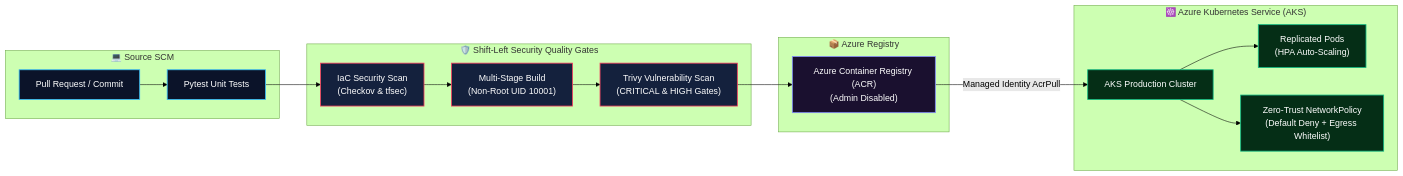
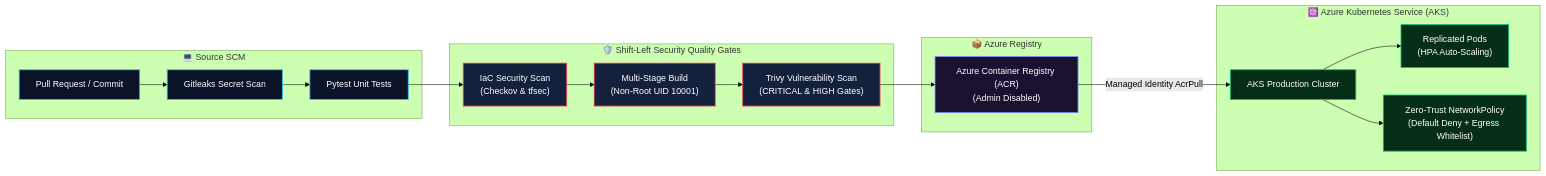
The diagram in README.md (sanjiivsingh/azure-aks-devsecops-pipeline), drawn with Mermaid (forest theme) before and after one commit. The commit also changed other lines of this file and 11 other files, not shown here.

Commit message:
fix(pipeline): align devsecops workflow with real quality gates, upgrade terraform constraints, and add architecture evidence (#1)

````diff
--- a/README.md
+++ b/README.md
@@ -35,32 +36,33 @@
 ```mermaid
 flowchart LR
     subgraph Developer["💻 Source SCM"]
-        PR["Pull Request / Commit"] --> TEST["Pytest Unit Tests"]
+        PR["Pull Request / Commit"] --> LEAKS["Gitleaks Secret Scan"]
+        LEAKS --> TEST["Pytest Unit Tests"]
     end
 
     subgraph SecurityAudit["🛡️ Shift-Left Security Quality Gates"]
         TEST --> TF_SCAN["IaC Security Scan\n(Checkov & tfsec)"]
         TF_SCAN --> DOCKER_BUILD["Multi-Stage Build\n(Non-Root UID 10001)"]
         DOCKER_BUILD --> TRIVY["Trivy Vulnerability Scan\n(CRITICAL & HIGH Gates)"]
     end
 
     subgraph Registry["📦 Azure Registry"]
         TRIVY --> ACR["Azure Container Registry (ACR)\n(Admin Disabled)"]
     end
 
     subgraph ProductionCluster["☸️ Azure Kubernetes Service (AKS)"]
         ACR -->|Managed Identity AcrPull| AKS["AKS Production Cluster"]
         AKS --> PODS["Replicated Pods\n(HPA Auto-Scaling)"]
         AKS --> NETPOL["Zero-Trust NetworkPolicy\n(Default Deny + Egress Whitelist)"]
     end
 
     classDef devClass fill:#0b1329,stroke:#38bdf8,stroke-width:1.5px,color:#fff;
     classDef secClass fill:#14213d,stroke:#f43f5e,stroke-width:1.5px,color:#fff;
     classDef regClass fill:#1a102f,stroke:#818cf8,stroke-width:1.5px,color:#fff;
     classDef k8sClass fill:#052e16,stroke:#10b981,stroke-width:1.5px,color:#fff;
 
-    class PR,TEST devClass;
+    class PR,LEAKS,TEST devClass;
     class TF_SCAN,DOCKER_BUILD,TRIVY secClass;
     class ACR regClass;
     class AKS,PODS,NETPOL k8sClass;
 ```
````
